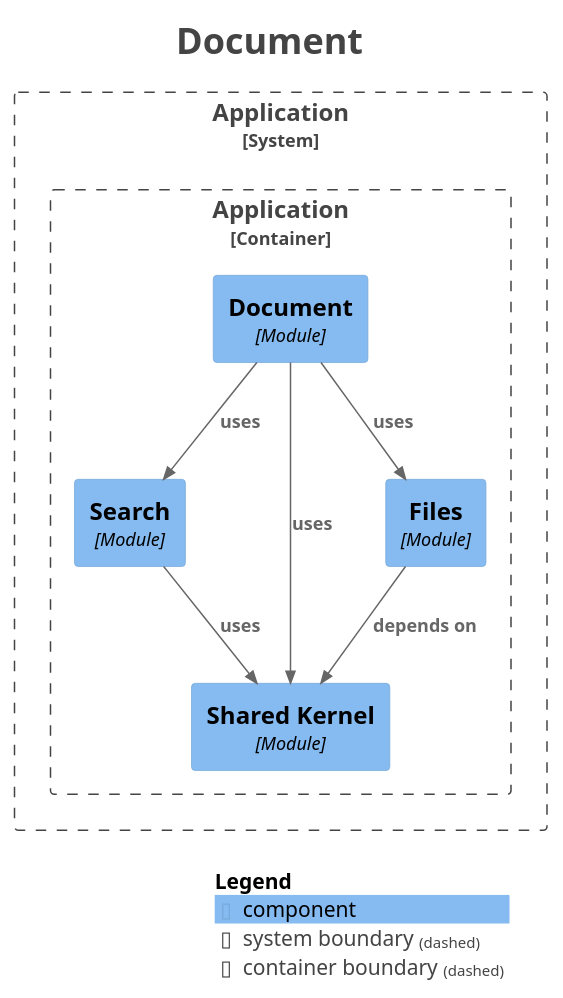
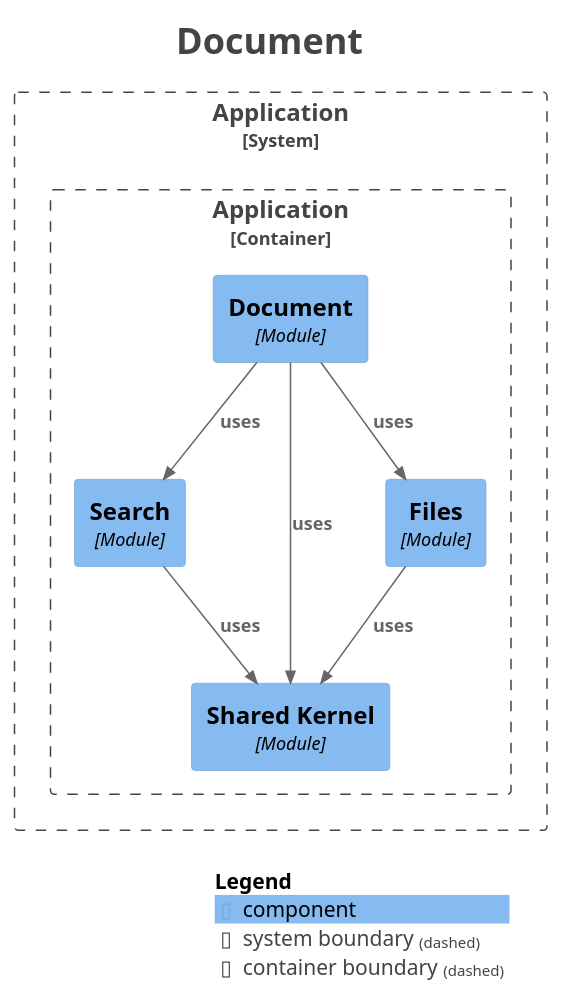
The diagram in docs/modulith/module-document.puml (Paul-Ayesiga/enterprise-modulith-template), drawn with PlantUML before and after one commit. The commit also changed 61 other files, not shown here.

```diff
--- a/docs/modulith/module-document.puml
+++ b/docs/modulith/module-document.puml
@@ -1,36 +1,36 @@
 @startuml
 title <size:24>Document</size>
 
 set separator none
 top to bottom direction
 
 <style>
   root {
     BackgroundColor: #ffffff
     FontColor: #444444
   }
 </style>
 
 !include <C4/C4>
 !include <C4/C4_Context>
 !include <C4/C4_Component>
 
 System_Boundary("Application_boundary", "Application", $tags="") {
   Container_Boundary("Application.Application_boundary", "Application", $tags="") {
     Component(Application.Application.Search, "Search", $techn="Module", $descr="", $tags="", $link="")
     Component(Application.Application.Document, "Document", $techn="Module", $descr="", $tags="", $link="")
     Component(Application.Application.SharedKernel, "Shared Kernel", $techn="Module", $descr="", $tags="", $link="")
     Component(Application.Application.Files, "Files", $techn="Module", $descr="", $tags="", $link="")
   }
 
 }
 
+Rel(Application.Application.Files, Application.Application.SharedKernel, "uses", $techn="", $tags="", $link="")
 Rel(Application.Application.Document, Application.Application.Files, "uses", $techn="", $tags="", $link="")
 Rel(Application.Application.Document, Application.Application.Search, "uses", $techn="", $tags="", $link="")
 Rel(Application.Application.Document, Application.Application.SharedKernel, "uses", $techn="", $tags="", $link="")
-Rel(Application.Application.Files, Application.Application.SharedKernel, "depends on", $techn="", $tags="", $link="")
 Rel(Application.Application.Search, Application.Application.SharedKernel, "uses", $techn="", $tags="", $link="")
 
 SHOW_LEGEND(true)
 hide stereotypes
 @enduml
```
